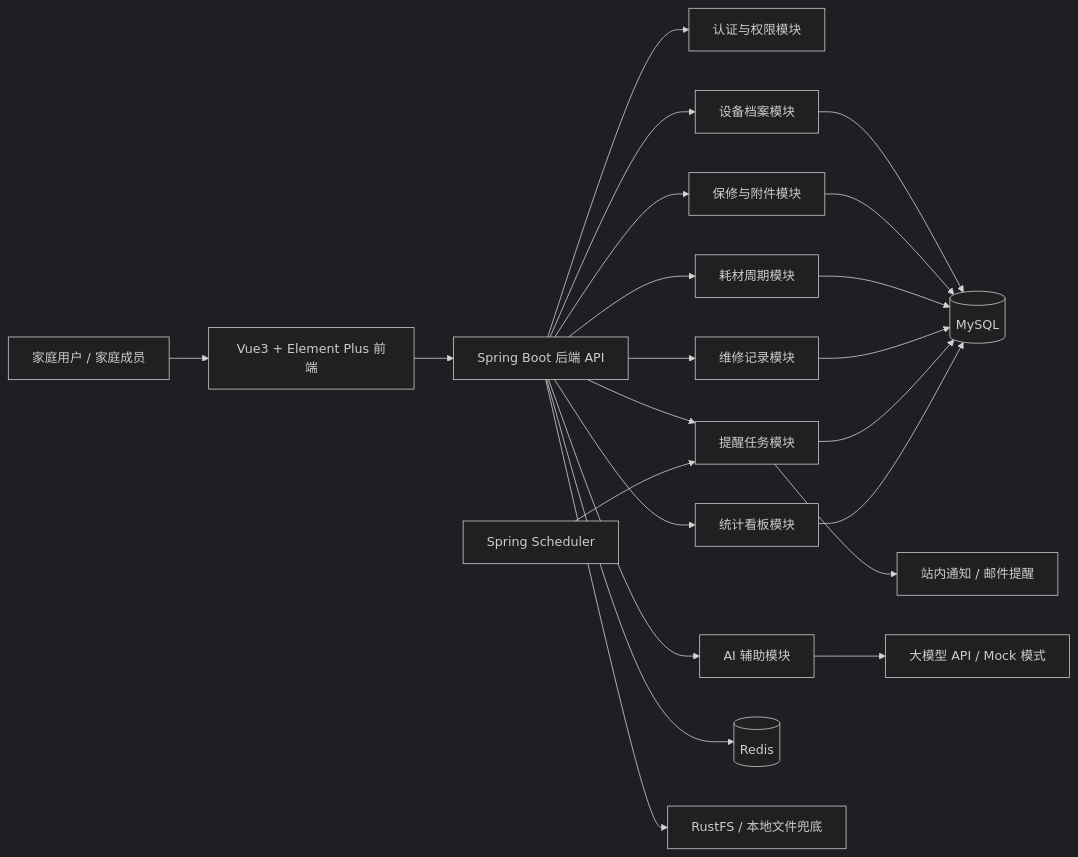
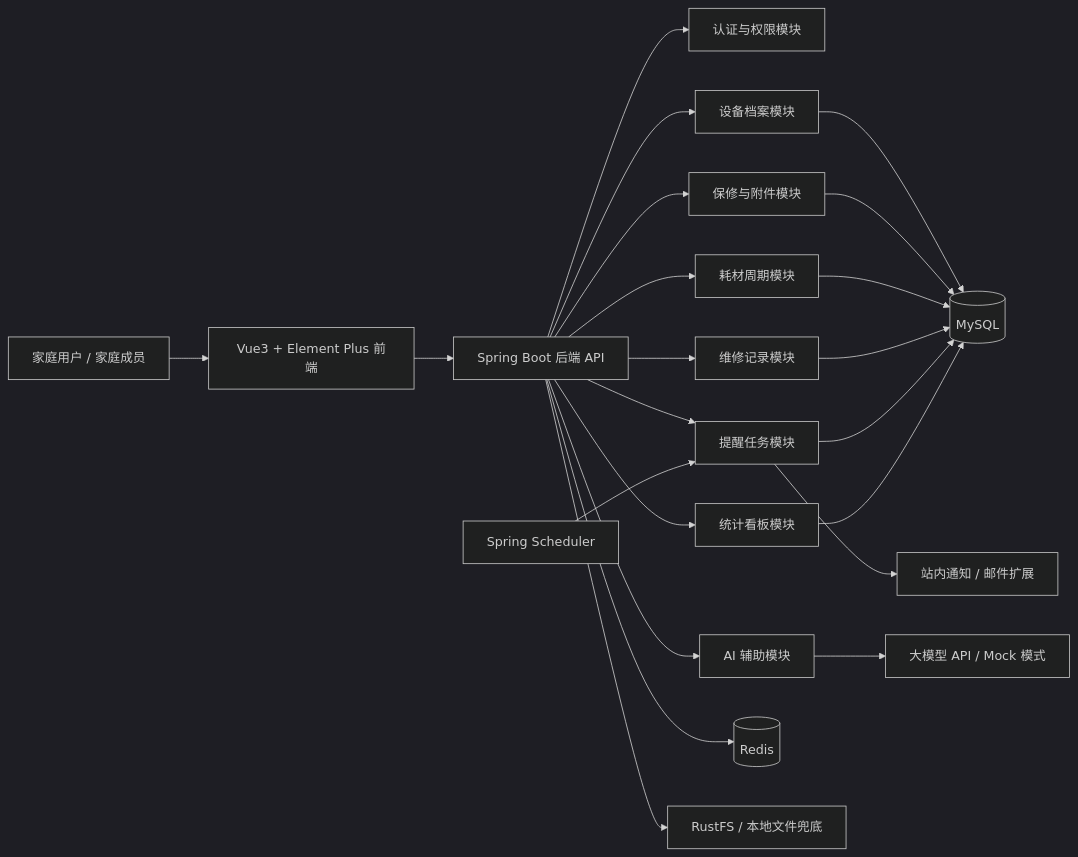
The diagram in README.md (BQHM/fixledger), drawn with Mermaid (dark theme) before and after one commit. The commit also changed other lines of this file and 4 other files, not shown here.

````diff
--- a/README.md
+++ b/README.md
@@ -61,28 +61,28 @@
 ```mermaid
 flowchart LR
     User["家庭用户 / 家庭成员"] --> Web["Vue3 + Element Plus 前端"]
     Web --> API["Spring Boot 后端 API"]
 
     API --> Auth["认证与权限模块"]
     API --> Asset["设备档案模块"]
     API --> Warranty["保修与附件模块"]
     API --> Consumable["耗材周期模块"]
     API --> Maintenance["维修记录模块"]
     API --> Reminder["提醒任务模块"]
     API --> Dashboard["统计看板模块"]
     API --> AI["AI 辅助模块"]
 
     Asset --> MySQL[("MySQL")]
     Warranty --> MySQL
     Consumable --> MySQL
     Maintenance --> MySQL
     Reminder --> MySQL
     Dashboard --> MySQL
 
     API --> Redis[("Redis")]
     API --> Storage["RustFS / 本地文件兜底"]
     AI --> LLM["大模型 API / Mock 模式"]
 
     Scheduler["Spring Scheduler"] --> Reminder
-    Reminder --> Notify["站内通知 / 邮件提醒"]
+    Reminder --> Notify["站内通知 / 邮件扩展"]
 ```
````
